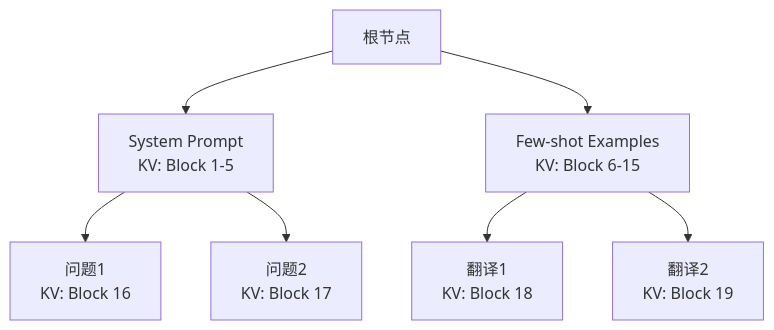
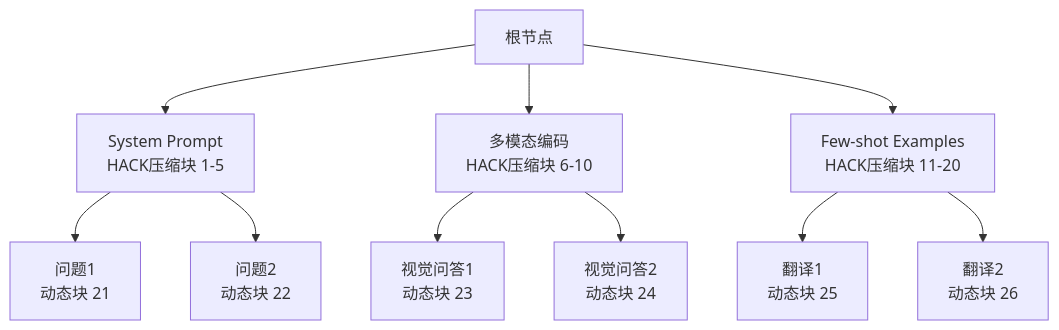
Before and after one commit to Xunzhuo/mini-sglang: the tenth of 13 diagrams in learning/website/docs/basics/15-kv-cache.md, drawn with Mermaid. The commit also changed other lines of this file and 9 other files, not shown here.

````diff
--- a/learning/website/docs/basics/15-kv-cache.md
+++ b/learning/website/docs/basics/15-kv-cache.md
@@ -381,9 +489,13 @@
 ```mermaid
 graph TB
-    Root[根节点] --> Sys["System Prompt<br/>KV: Block 1-5"]
-    Root --> FewShot["Few-shot Examples<br/>KV: Block 6-15"]
-    Sys --> Q1["问题1<br/>KV: Block 16"]
-    Sys --> Q2["问题2<br/>KV: Block 17"]  
-    FewShot --> Q3["翻译1<br/>KV: Block 18"]
-    FewShot --> Q4["翻译2<br/>KV: Block 19"]
+    Root[根节点] --> System["System Prompt<br/>HACK压缩块 1-5"]
+    Root --> MultiModal["多模态编码<br/>HACK压缩块 6-10"]
+    Root --> FewShot["Few-shot Examples<br/>HACK压缩块 11-20"]
+    
+    System --> Q1["问题1<br/>动态块 21"]
+    System --> Q2["问题2<br/>动态块 22"]  
+    MultiModal --> Q3["视觉问答1<br/>动态块 23"]
+    MultiModal --> Q4["视觉问答2<br/>动态块 24"]
+    FewShot --> Q5["翻译1<br/>动态块 25"]
+    FewShot --> Q6["翻译2<br/>动态块 26"]
 ```
````
